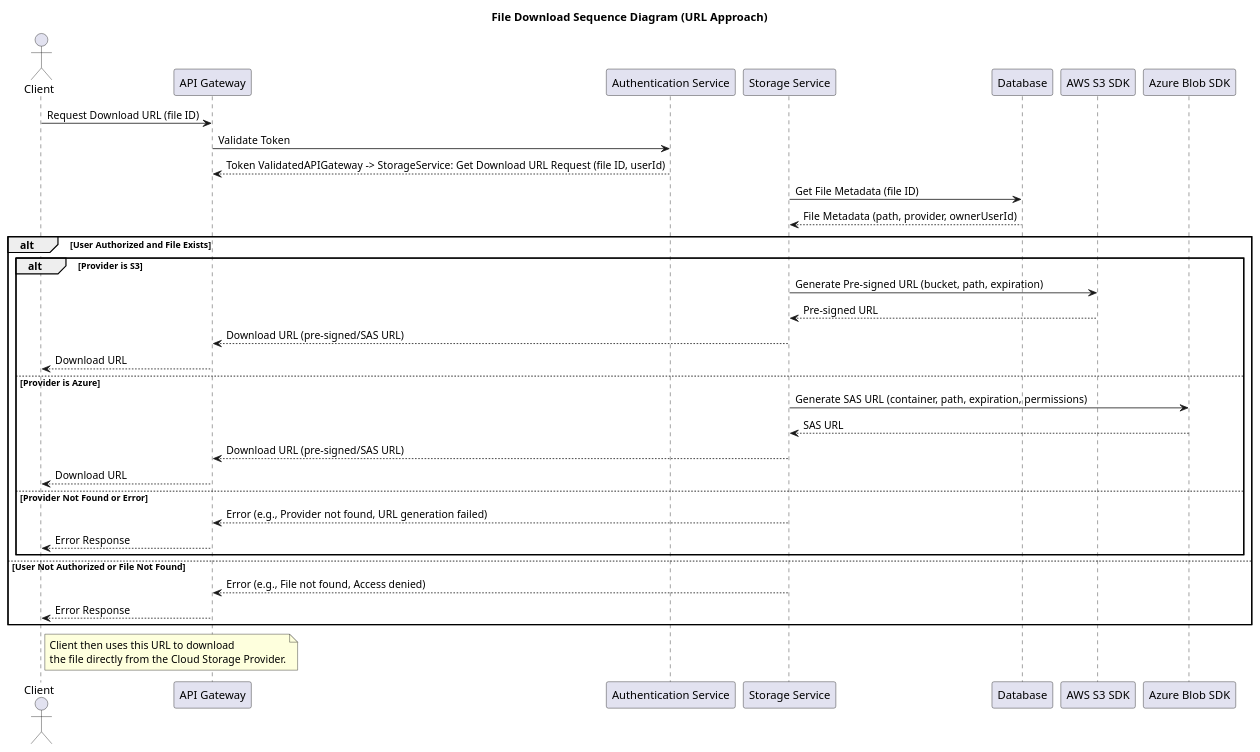
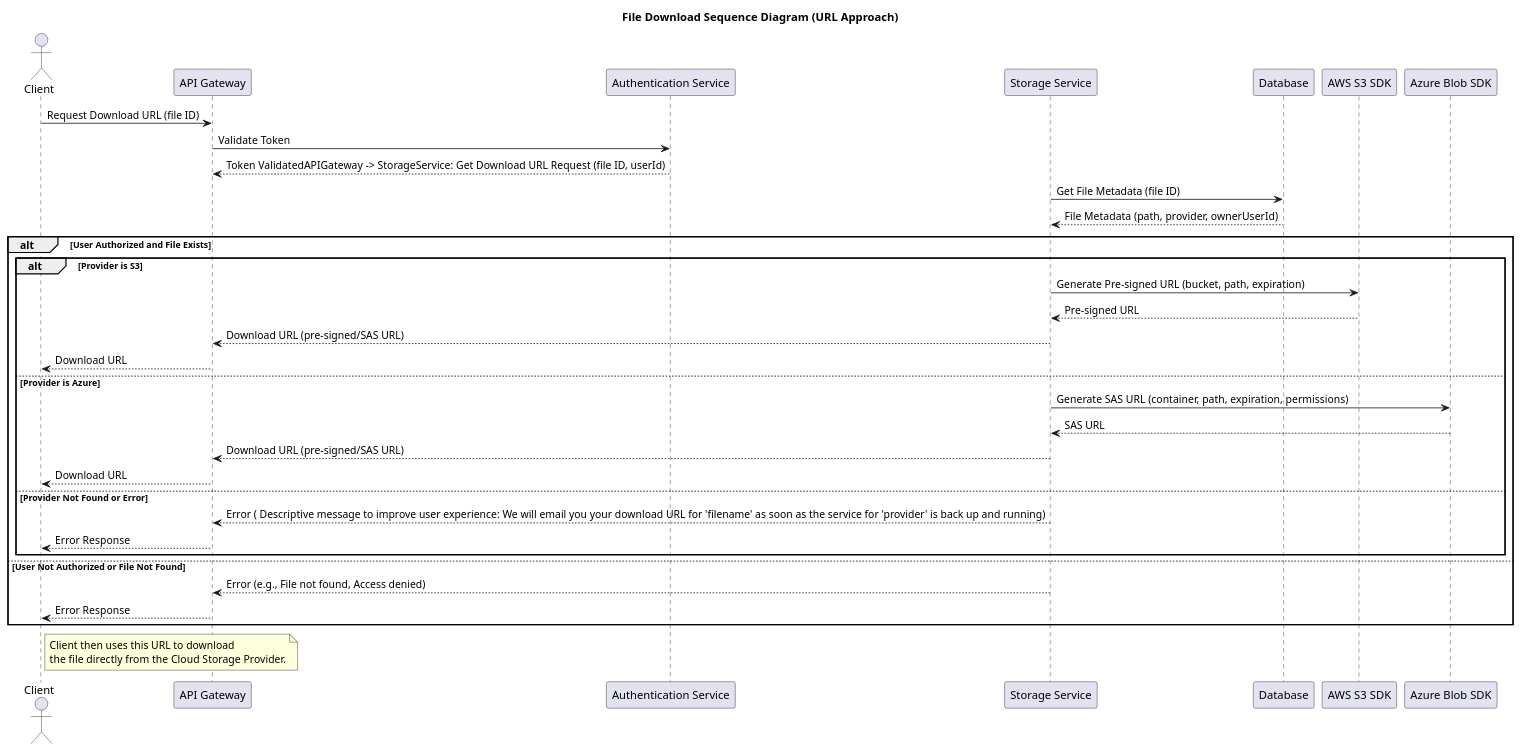
Before and after one commit to martinbarreiroo/cloud-file-storage: the diagram in diagrams/download_sequence_diagram.puml, drawn with PlantUML. The commit also changed 4 other files, not shown here.

```diff
--- a/diagrams/download_sequence_diagram.puml
+++ b/diagrams/download_sequence_diagram.puml
@@ -1,45 +1,45 @@
 @startuml
 title File Download Sequence Diagram (URL Approach)
 
 actor Client
 participant "API Gateway" as APIGateway
 participant "Authentication Service" as AuthService
 participant "Storage Service" as StorageService
 participant "Database" as DB
 participant "AWS S3 SDK" as S3SDK
 participant "Azure Blob SDK" as AzureSDK
 
 Client -> APIGateway: Request Download URL (file ID)
 APIGateway -> AuthService: Validate Token
 AuthService --> APIGateway: Token ValidatedAPIGateway -> StorageService: Get Download URL Request (file ID, userId)
 
 StorageService -> DB: Get File Metadata (file ID)
 DB --> StorageService: File Metadata (path, provider, ownerUserId)
 
 alt User Authorized and File Exists
     alt Provider is S3
         StorageService -> S3SDK: Generate Pre-signed URL (bucket, path, expiration)
         S3SDK --> StorageService: Pre-signed URL
         StorageService --> APIGateway: Download URL (pre-signed/SAS URL)
         APIGateway --> Client: Download URL
     else Provider is Azure
         StorageService -> AzureSDK: Generate SAS URL (container, path, expiration, permissions)
         AzureSDK --> StorageService: SAS URL
         StorageService --> APIGateway: Download URL (pre-signed/SAS URL)
         APIGateway --> Client: Download URL
     else Provider Not Found or Error
-        StorageService --> APIGateway: Error (e.g., Provider not found, URL generation failed)
+        StorageService --> APIGateway: Error ( Descriptive message to improve user experience: We will email you your download URL for 'filename' as soon as the service for 'provider' is back up and running)
         APIGateway --> Client: Error Response
     end
 else User Not Authorized or File Not Found
     StorageService --> APIGateway: Error (e.g., File not found, Access denied)
     APIGateway --> Client: Error Response
 end
 
 
 note right of Client
   Client then uses this URL to download
   the file directly from the Cloud Storage Provider.
 end note
 
 @enduml 
```
